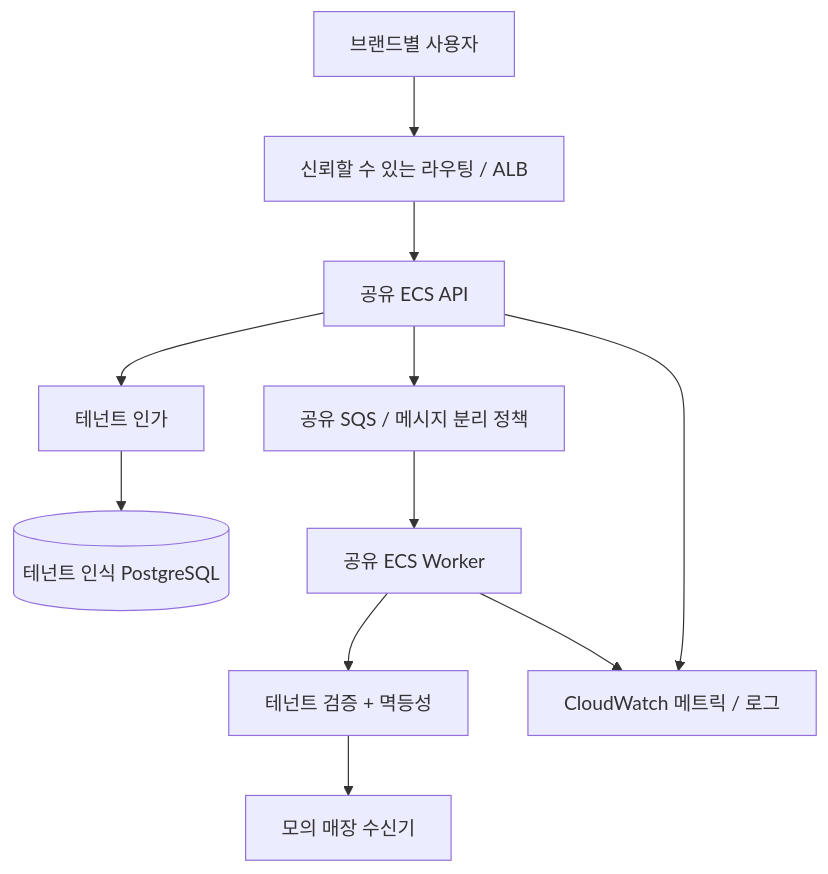
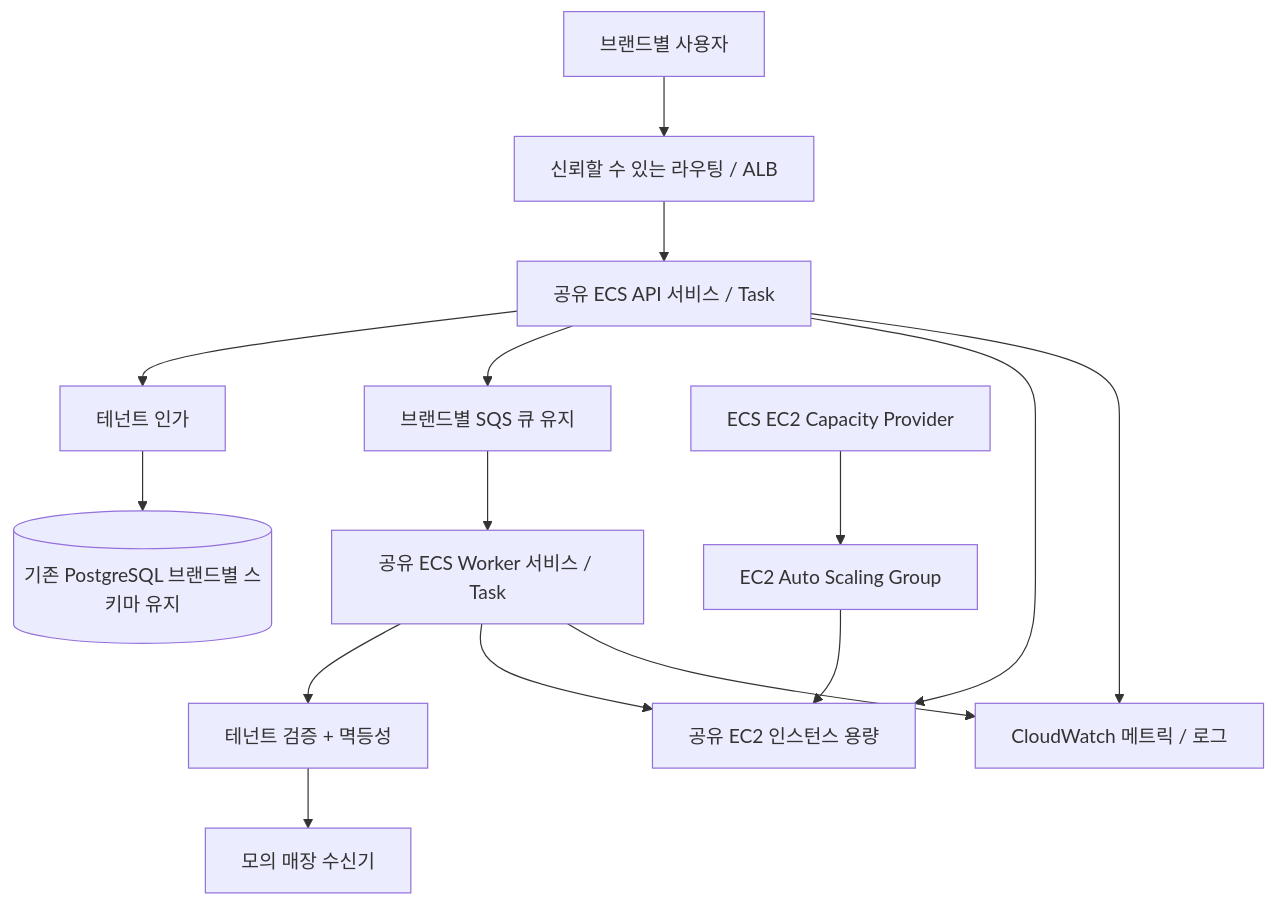
Before and after one commit to HwangChulHee/multi-tenant-saas-modernization: the second of 2 diagrams in docs/02-architecture.md, drawn with Mermaid. The commit also changed other lines of this file, not shown here.

Commit message:
docs: adopt shared ECS on EC2 with ASG scaling

````diff
--- a/docs/02-architecture.md
+++ b/docs/02-architecture.md
@@ -25,13 +25,17 @@
 ```mermaid
 flowchart TB
   U[브랜드별 사용자] --> R[신뢰할 수 있는 라우팅 / ALB]
-  R --> API[공유 ECS API]
+  R --> API[공유 ECS API 서비스 / Task]
   API --> AUTH[테넌트 인가]
-  AUTH --> DS[(테넌트 인식 PostgreSQL)]
-  API --> Q[공유 SQS / 메시지 분리 정책]
-  Q --> W[공유 ECS Worker]
+  AUTH --> DS[(기존 PostgreSQL 브랜드별 스키마 유지)]
+  API --> Q[브랜드별 SQS 큐 유지]
+  Q --> W[공유 ECS Worker 서비스 / Task]
   W --> GUARD[테넌트 검증 + 멱등성]
   GUARD --> POS[모의 매장 수신기]
+  API --> EC2[공유 EC2 인스턴스 용량]
+  W --> EC2
+  CP[ECS EC2 Capacity Provider] --> ASG[EC2 Auto Scaling Group]
+  ASG --> EC2
   API --> OBS[CloudWatch 메트릭 / 로그]
   W --> OBS
 ```
````
